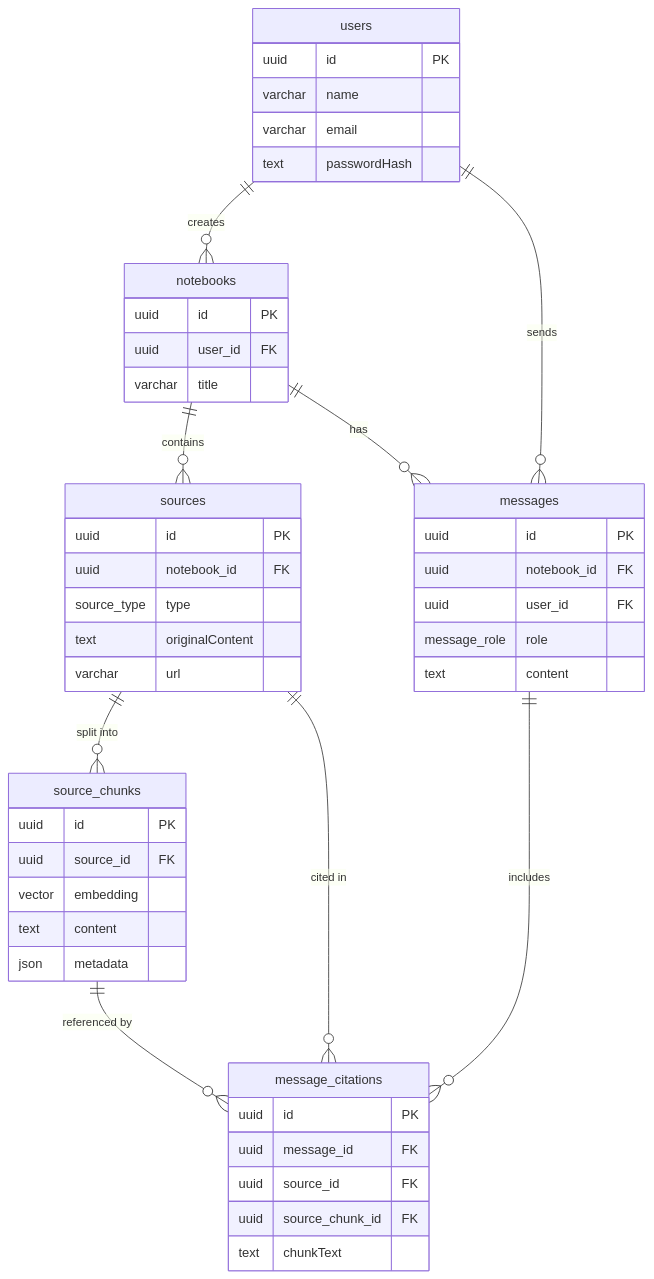
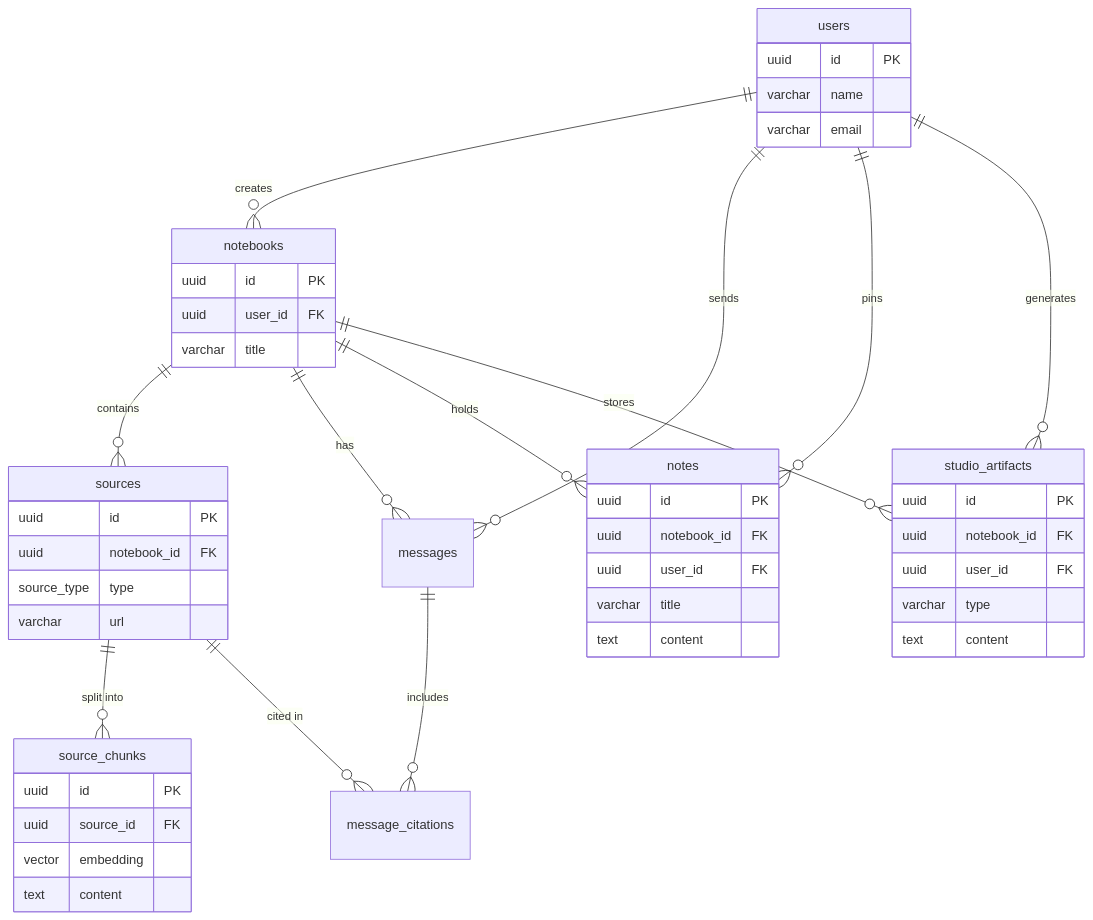
Before and after one commit to arunava2018/SourceMind: the second of 2 diagrams in README.md, drawn with Mermaid. The commit also changed other lines of this file and 14 other files, not shown here.

````diff
--- a/README.md
+++ b/README.md
@@ -165,51 +98,51 @@
 ```mermaid
 erDiagram
     users ||--o{ notebooks : "creates"
     users ||--o{ messages : "sends"
+    users ||--o{ notes : "pins"
+    users ||--o{ studio_artifacts : "generates"
     notebooks ||--o{ sources : "contains"
     notebooks ||--o{ messages : "has"
+    notebooks ||--o{ notes : "holds"
+    notebooks ||--o{ studio_artifacts : "stores"
     sources ||--o{ source_chunks : "split into"
     sources ||--o{ message_citations : "cited in"
     messages ||--o{ message_citations : "includes"
-    source_chunks ||--o{ message_citations : "referenced by"
 
     users {
         uuid id PK
         varchar name
         varchar email
-        text passwordHash
     }
     notebooks {
         uuid id PK
         uuid user_id FK
         varchar title
     }
     sources {
         uuid id PK
         uuid notebook_id FK
         source_type type
-        text originalContent
         varchar url
     }
     source_chunks {
         uuid id PK
         uuid source_id FK
         vector embedding
         text content
-        json metadata
     }
-    messages {
+    notes {
         uuid id PK
         uuid notebook_id FK
         uuid user_id FK
-        message_role role
+        varchar title
         text content
     }
-    message_citations {
+    studio_artifacts {
         uuid id PK
-        uuid message_id FK
-        uuid source_id FK
-        uuid source_chunk_id FK
-        text chunkText
+        uuid notebook_id FK
+        uuid user_id FK
+        varchar type
+        text content
     }
 ```
````
